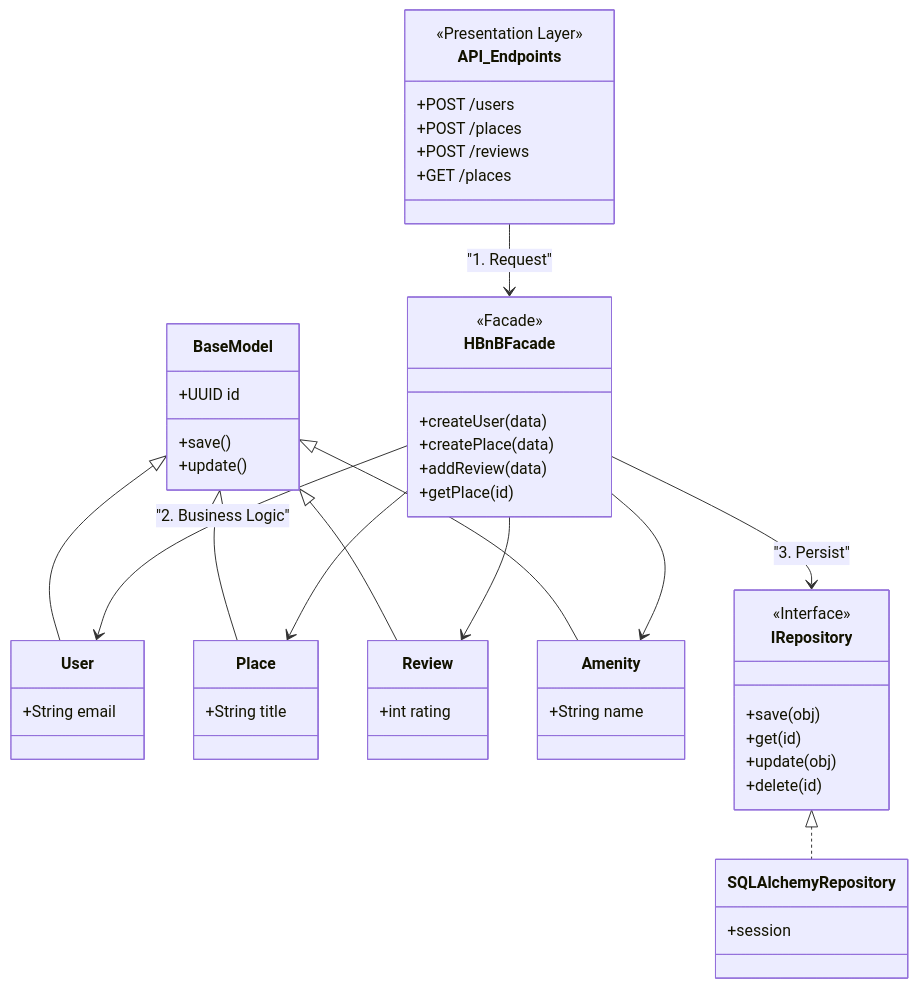
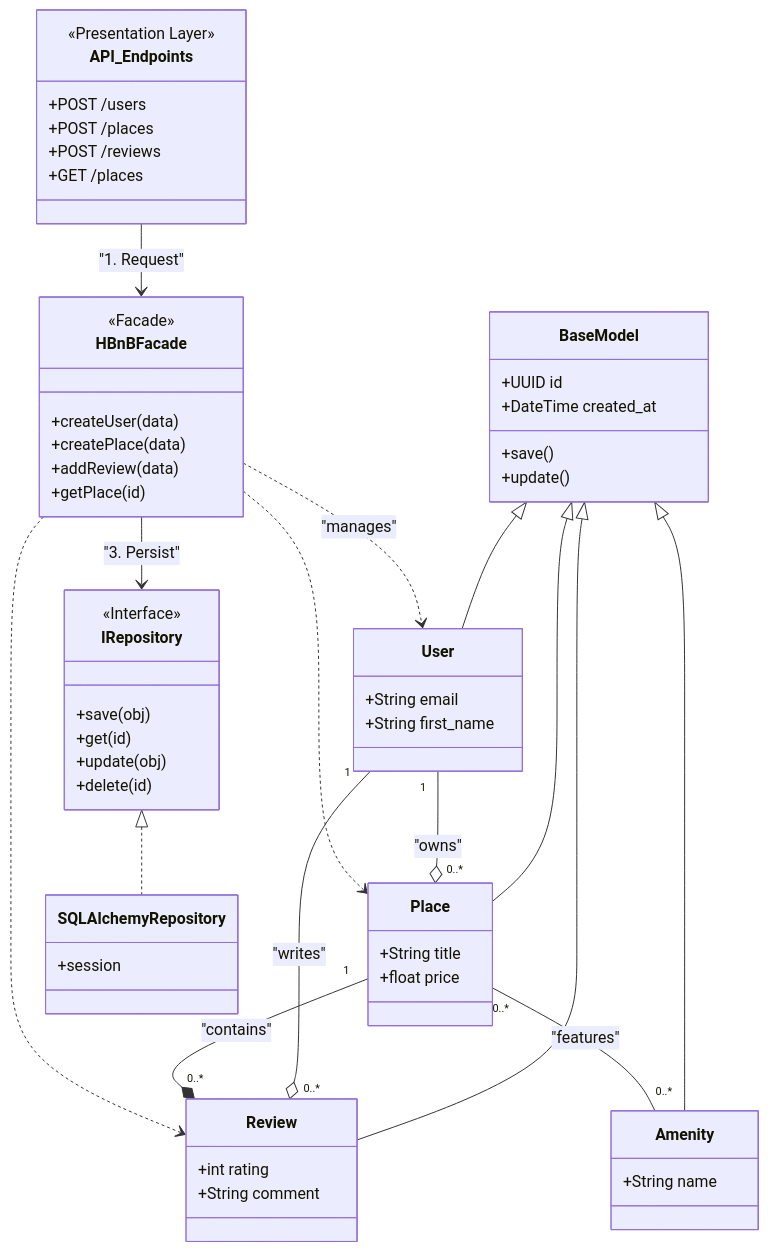
One commit to juliangf94/holbertonschool-hbnb changed the first of 6 diagrams in part1/DOCUMENTATION_en.md. Above: the diagram before and after it, drawn with Mermaid. The commit also changed other lines of this file, not shown here.

````diff
--- a/part1/DOCUMENTATION_en.md
+++ b/part1/DOCUMENTATION_en.md
@@ -5,3 +5,89 @@
+```mermaid
+classDiagram
+    direction TB
+
+    class API_Endpoints {
+        <<Presentation Layer>>
+        +POST /users
+        +POST /places
+        +POST /reviews
+        +GET /places
+    }
+
+    class HBnBFacade {
+        <<Facade>>
+        +createUser(data)
+        +createPlace(data)
+        +addReview(data)
+        +getPlace(id)
+    }
+
+    class BaseModel {
+        +UUID id
+        +DateTime created_at
+        +save()
+        +update()
+    }
+
+    class User {
+        +String email
+        +String first_name
+    }
+    class Place {
+        +String title
+        +float price
+    }
+    class Review {
+        +int rating
+        +String comment
+    }
+    class Amenity {
+        +String name
+    }
+
+    class IRepository {
+        <<Interface>>
+        +save(obj)
+        +get(id)
+        +update(obj)
+        +delete(id)
+    }
+
+    class SQLAlchemyRepository {
+        +session
+    }
+
+    %% Flux de l'application
+    API_Endpoints --> HBnBFacade : "1. Request"
+    HBnBFacade --> IRepository : "3. Persist"
+
+    %% Héritage (Généralisation)
+    BaseModel <|-- User
+    BaseModel <|-- Place
+    BaseModel <|-- Review
+    BaseModel <|-- Amenity
+
+    %% Implémentation du Repository
+    IRepository <|.. SQLAlchemyRepository
+
+    %% --- Nouvelles Relations Métier ---
+    
+    %% Un utilisateur possède des lieux
+    User "1" --o "0..*" Place : "owns"
+    
+    %% Un utilisateur écrit des avis
+    User "1" --o "0..*" Review : "writes"
+    
+    %% Un lieu reçoit des avis
+    Place "1" --* "0..*" Review : "contains"
+    
+    %% Un lieu a plusieurs équipements (et vice-versa)
+    Place "0..*" -- "0..*" Amenity : "features"
+
+    %% Lien entre la façade et les entités
+    HBnBFacade ..> User : "manages"
+    HBnBFacade ..> Place
+    HBnBFacade ..> Review
 ```mermaid
 
 classDiagram
````
